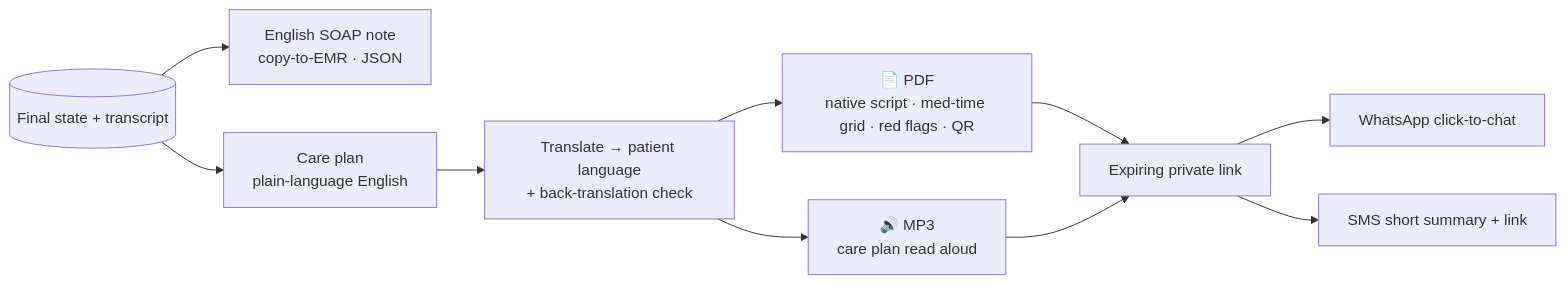
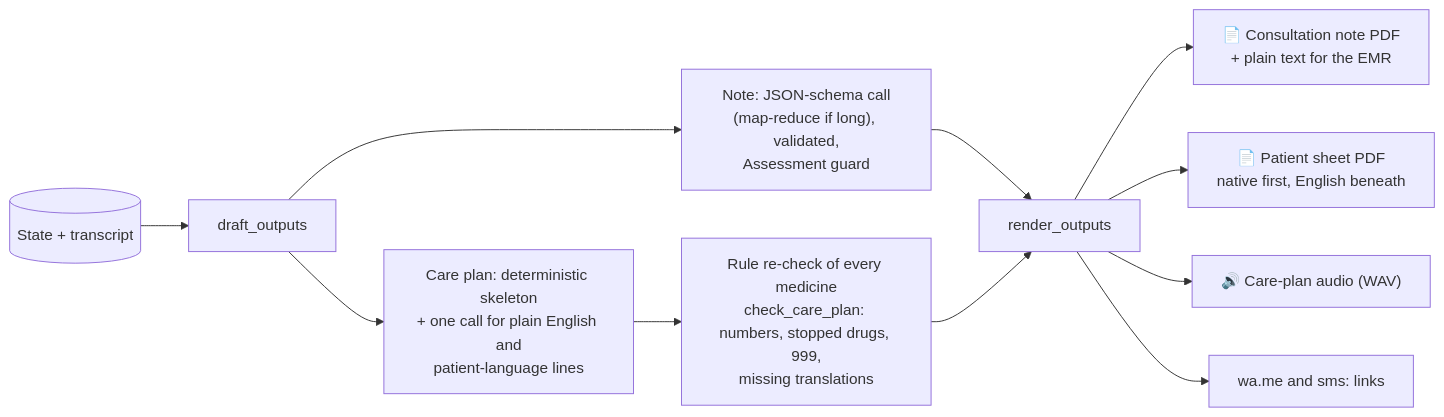
One commit to diyorbekibragimov/BayanAI changed the second of 2 diagrams in docs/03-architecture.md. Above: the diagram before and after it, drawn with Mermaid. The commit also changed other lines of this file and 91 other files, not shown here.

````diff
--- a/docs/03-architecture.md
+++ b/docs/03-architecture.md
@@ -121,12 +99,12 @@
 ```mermaid
 flowchart LR
-    ST[(Final state + transcript)] --> SOAP[English SOAP note<br/>copy-to-EMR · JSON]
-    ST --> CP[Care plan<br/>plain-language English]
-    CP --> TR[Translate → patient language<br/>+ back-translation check]
-    TR --> PDF[📄 PDF<br/>native script · med-time grid · red flags · QR]
-    TR --> MP3[🔊 MP3<br/>care plan read aloud]
-    PDF --> LINK[Expiring private link]
-    MP3 --> LINK
-    LINK --> WA[WhatsApp click-to-chat]
-    LINK --> SMS[SMS short summary + link]
+    ST[(State + transcript)] --> D["draft_outputs"]
+    D --> N["Note: JSON-schema call<br/>(map-reduce if long), validated,<br/>Assessment guard"]
+    D --> C["Care plan: deterministic skeleton<br/>+ one call for plain English and<br/>patient-language lines"]
+    C --> R["Rule re-check of every medicine<br/>check_care_plan: numbers, stopped drugs, 999,<br/>missing translations"]
+    N & R --> RO["render_outputs"]
+    RO --> P1["📄 Consultation note PDF<br/>+ plain text for the EMR"]
+    RO --> P2["📄 Patient sheet PDF<br/>native first, English beneath"]
+    RO --> AU["🔊 Care-plan audio (WAV)"]
+    RO --> LK["wa.me and sms: links"]
 ```
````
